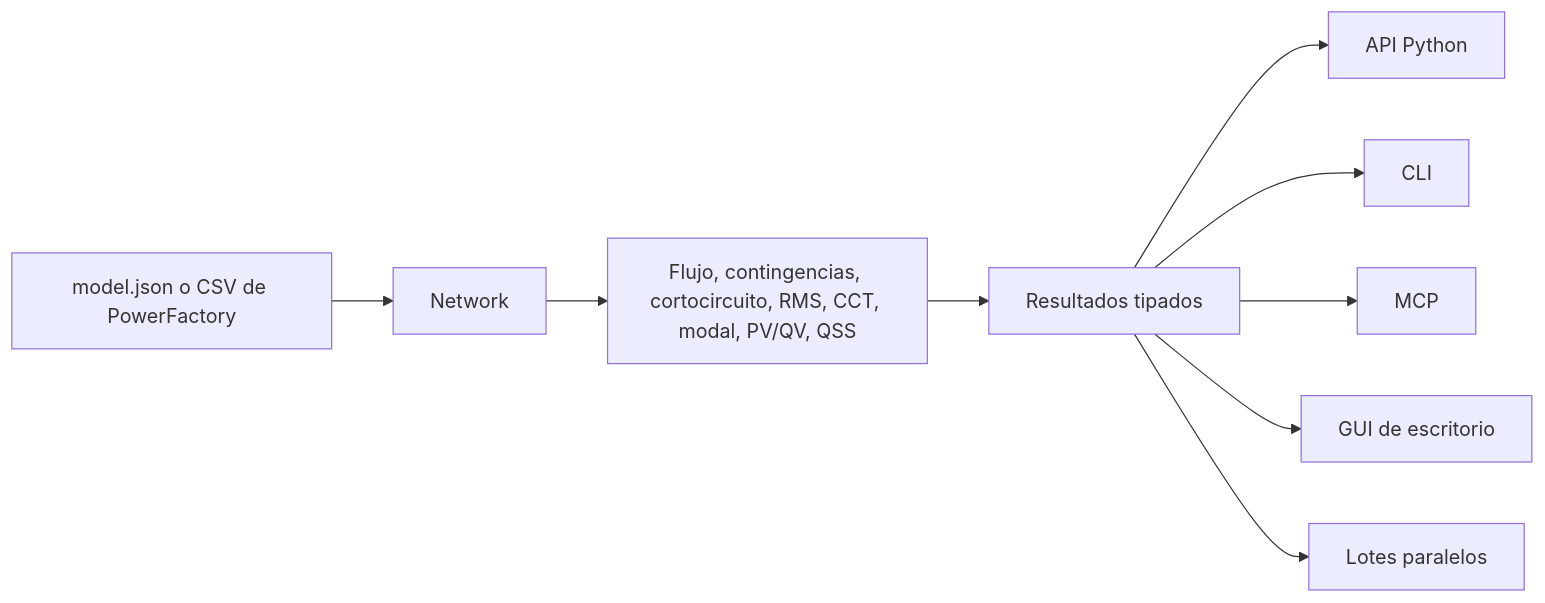
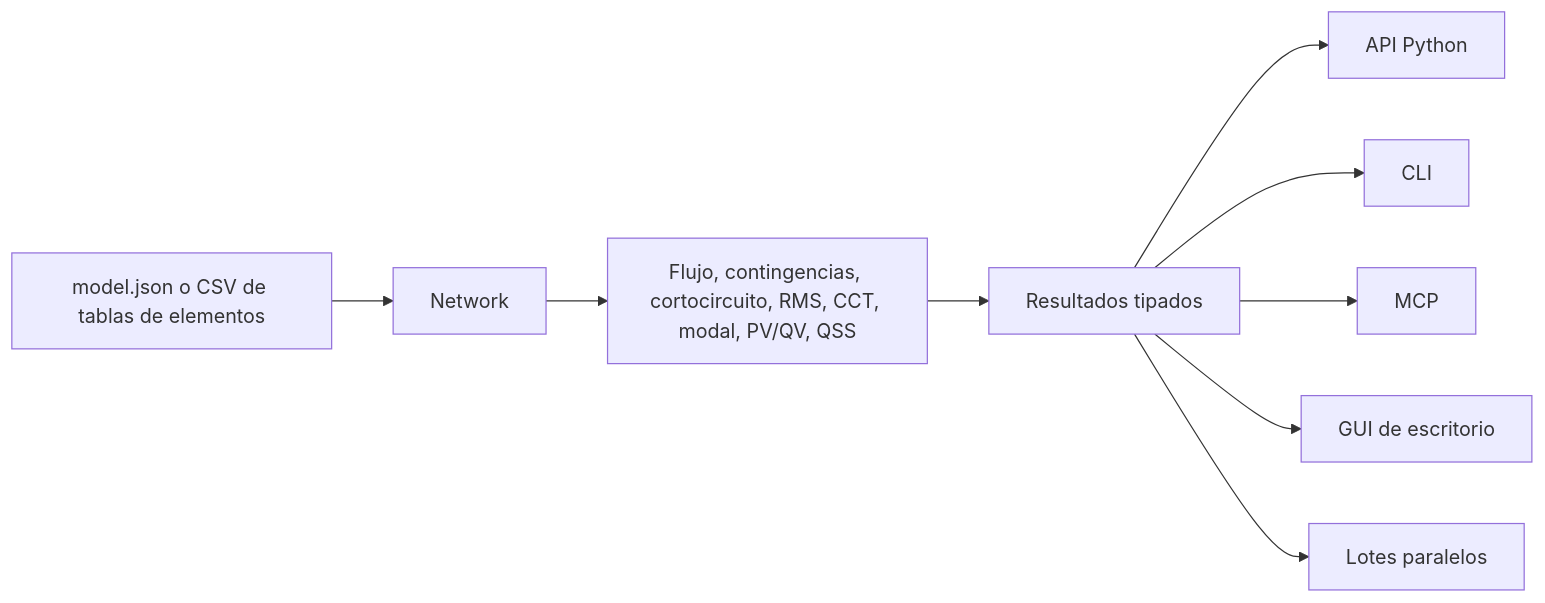
One commit to BLITZmain2048/power_machine changed the diagram in README.es.md. Above: the diagram before and after it, drawn with Mermaid. The commit also changed other lines of this file and 221 other files, not shown here.

````diff
--- a/README.es.md
+++ b/README.es.md
@@ -60,11 +60,11 @@
 ```mermaid
 flowchart LR
-    Source["model.json o CSV de PowerFactory"] --> Network["Network"]
+    Source["model.json o CSV de tablas de elementos"] --> Network["Network"]
     Network --> Studies["Flujo, contingencias, cortocircuito, RMS, CCT, modal, PV/QV, QSS"]
     Studies --> Results["Resultados tipados"]
     Results --> API["API Python"]
     Results --> CLI["CLI"]
     Results --> MCP["MCP"]
     Results --> GUI["GUI de escritorio"]
     Results --> Batch["Lotes paralelos"]
 ```
````
